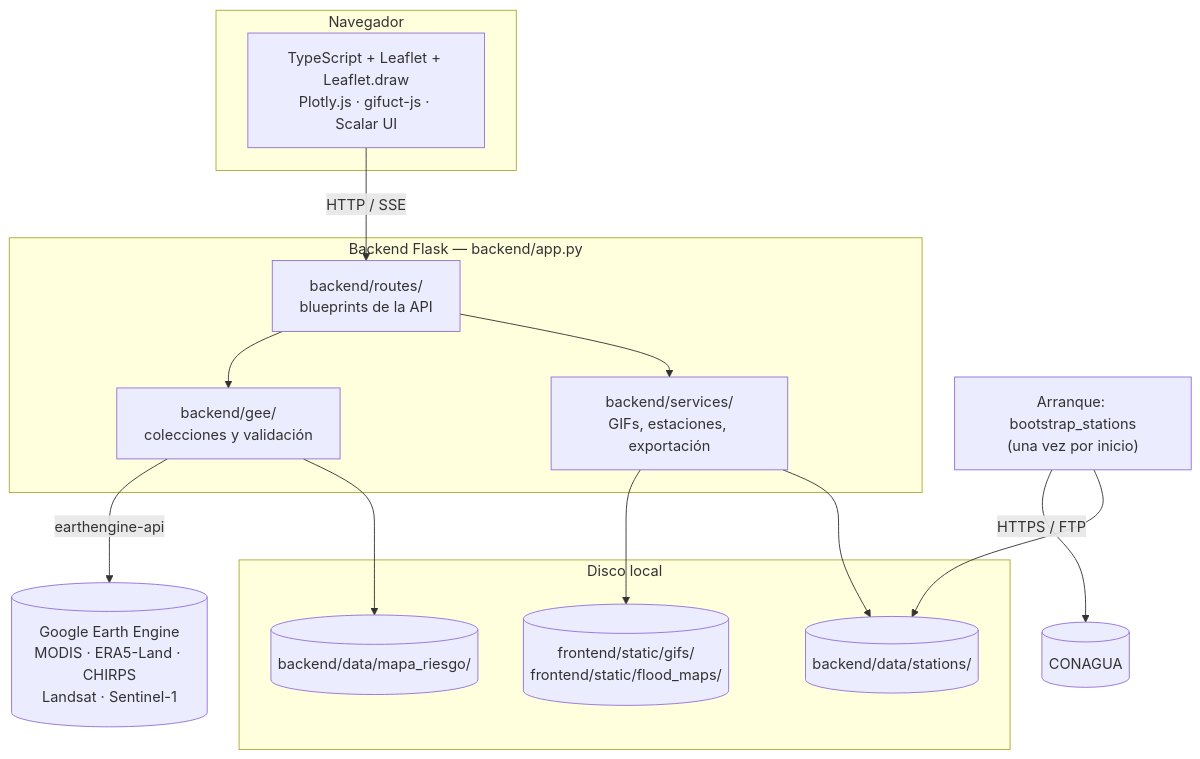
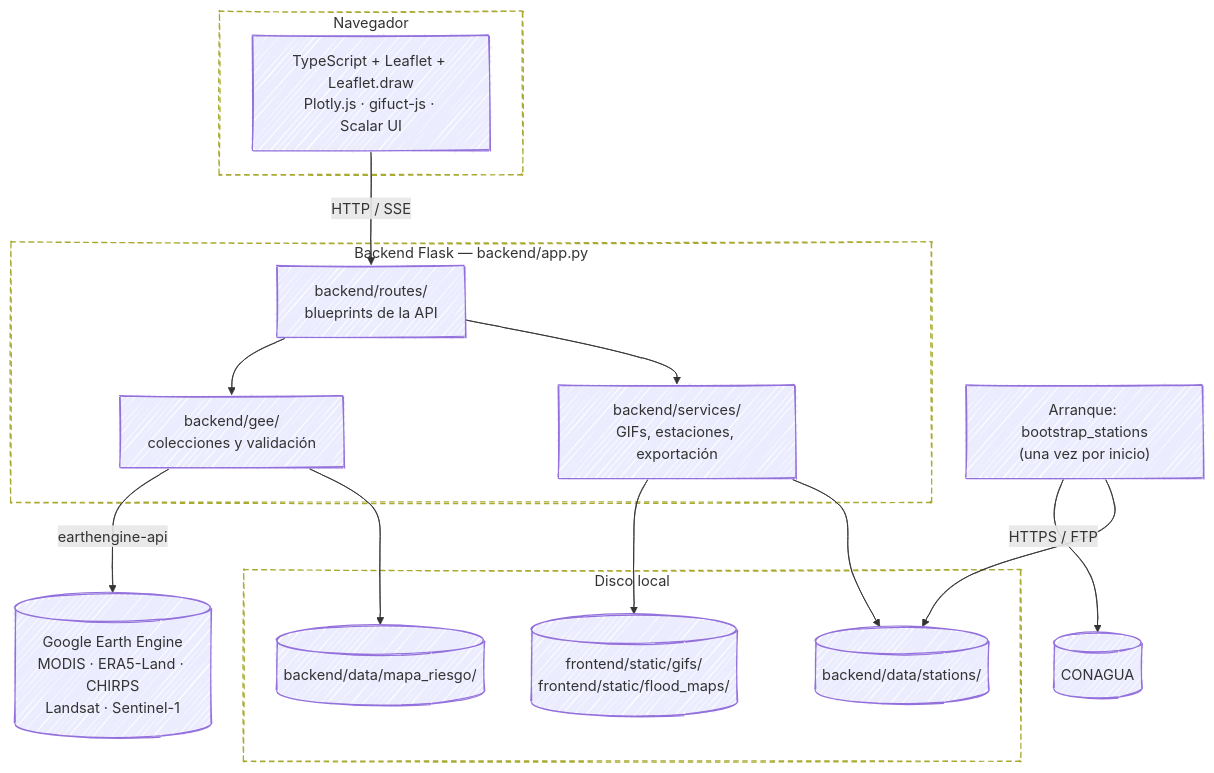
The fifth of 7 diagrams in README.md (ElGuill3/distributionMapApp), drawn with Mermaid before and after one commit. The commit also changed other lines of this file and 1 other file, not shown here.

Commit message:
docs: render Mermaid diagrams with the hand-drawn look and transparent groups

````diff
--- a/README.md
+++ b/README.md
@@ -317,25 +333,32 @@
 ```mermaid
+---
+config:
+  look: handDrawn
+---
 flowchart TB
     subgraph browser["Navegador"]
         ui["TypeScript + Leaflet + Leaflet.draw<br/>Plotly.js · gifuct-js · Scalar UI"]
     end
     subgraph flask["Backend Flask — backend/app.py"]
         routes["backend/routes/<br/>blueprints de la API"]
         gee["backend/gee/<br/>colecciones y validación"]
         services["backend/services/<br/>GIFs, estaciones, exportación"]
         routes --> gee
         routes --> services
     end
     subgraph disk["Disco local"]
         gifs[("frontend/static/gifs/<br/>frontend/static/flood_maps/")]
         stations[("backend/data/stations/")]
         fhi[("backend/data/mapa_riesgo/")]
     end
     ui -- "HTTP / SSE" --> routes
     gee -- earthengine-api --> earth[("Google Earth Engine<br/>MODIS · ERA5-Land · CHIRPS<br/>Landsat · Sentinel-1")]
     services --> gifs
     services --> stations
     gee --> fhi
     boot["Arranque: bootstrap_stations<br/>(una vez por inicio)"] -- "HTTPS / FTP" --> conagua[("CONAGUA")]
     boot --> stations
+    style browser fill:transparent,stroke-dasharray:6 4
+    style flask fill:transparent,stroke-dasharray:6 4
+    style disk fill:transparent,stroke-dasharray:6 4
 ```
````
